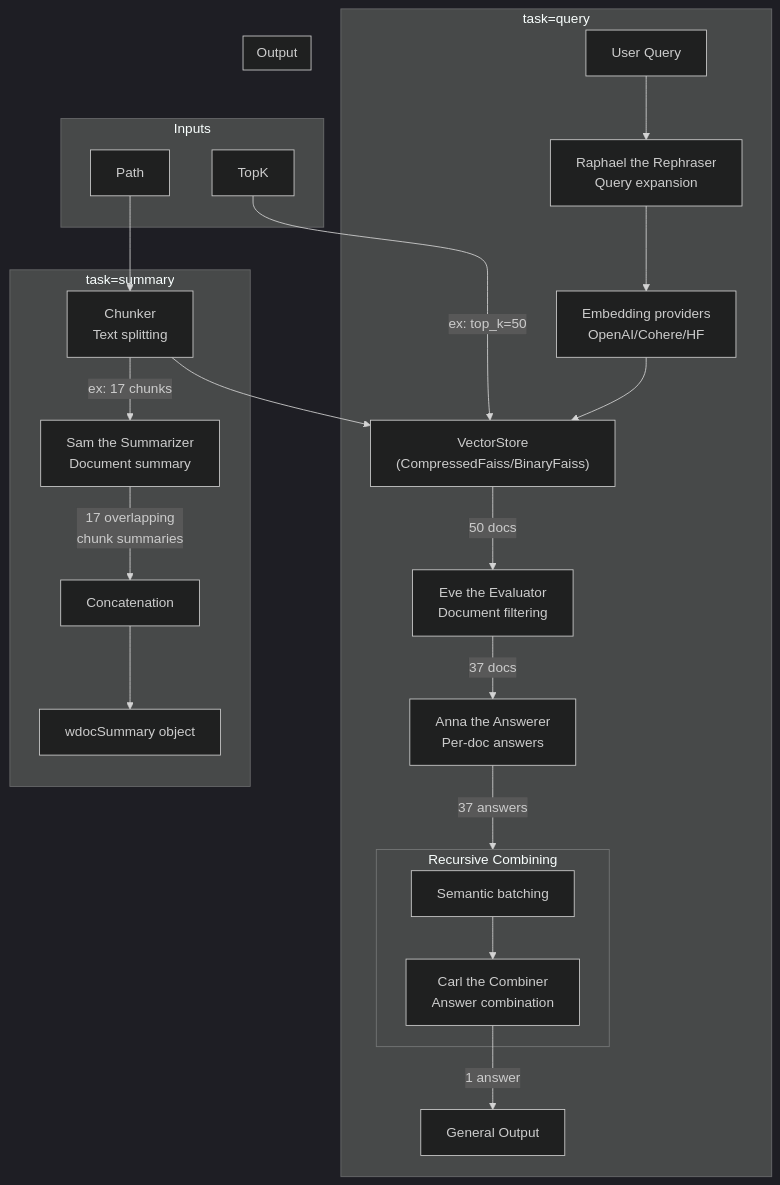
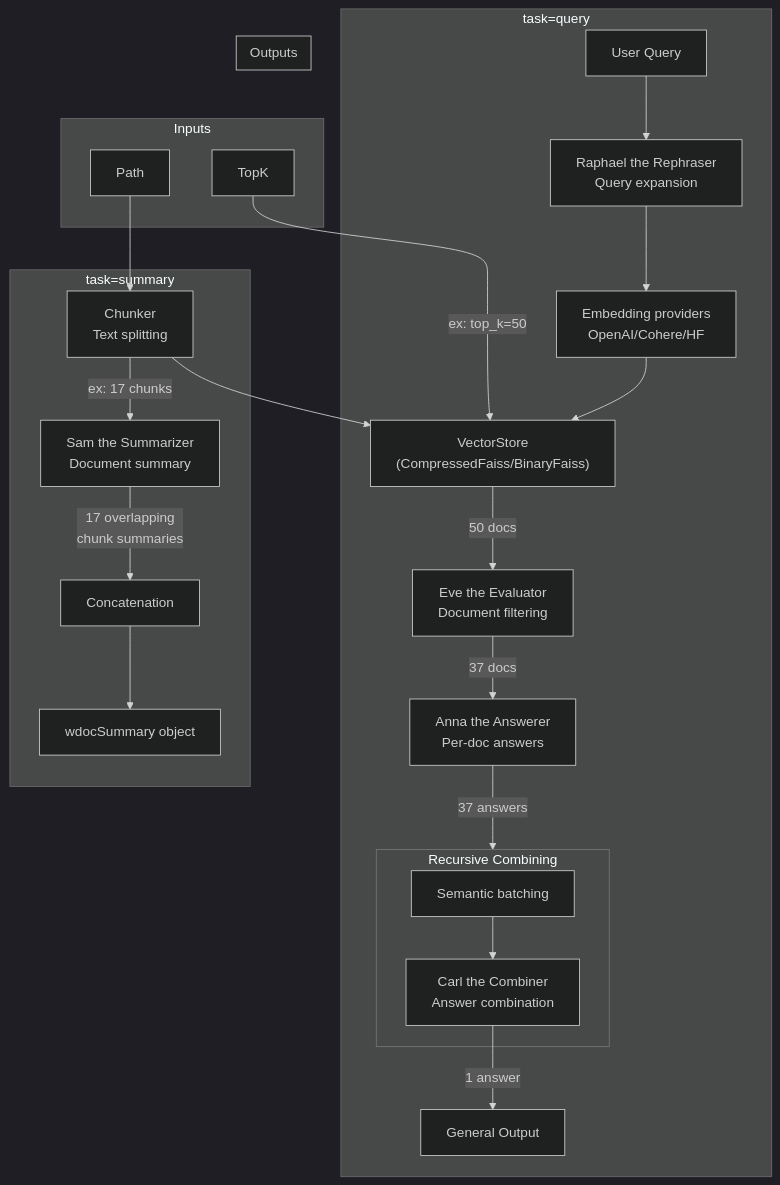
The diagram in images/diagram.mmd (thiswillbeyourgithub/wdoc), drawn with Mermaid (dark theme) before and after one commit.

Commit message:
refactor: rename "Output" subgraph to "Outputs" with large box styling

```diff
--- a/images/diagram.mmd
+++ b/images/diagram.mmd
@@ -1,47 +1,47 @@
 flowchart TD
     subgraph Inputs["Inputs"]
         Path["Path"]
         TopK["TopK"]
     end
 
     Embeddings["Embedding providers<br/>OpenAI/Cohere/HF"]
     VectorStore["VectorStore<br/>(CompressedFaiss/BinaryFaiss)"]
     Chunker["Chunker<br/>Text splitting"]
 
     Path --> Chunker
     Chunker --> VectorStore
     Embeddings --> VectorStore
 
     subgraph QueryTask["task=query"]
         UserQuery["User Query"]
         Raphael["Raphael the Rephraser<br/>Query expansion"]
         Eve["Eve the Evaluator<br/>Document filtering"]
         Anna["Anna the Answerer<br/>Per-doc answers"]
         
         subgraph RecursiveCombining["Recursive Combining"]
             SemanticBatching["Semantic batching"]
             Carl["Carl the Combiner<br/>Answer combination"]
             SemanticBatching --> Carl
         end
         
         UserQuery --> Raphael
         Raphael --> Embeddings
         TopK -->|ex: top_k=50| VectorStore
         VectorStore -->|50 docs| Eve
         Eve -->|37 docs| Anna
         Anna -->|37 answers| RecursiveCombining
         Carl -->|1 answer| QueryOutput
     end
 
     subgraph SummaryTask["task=summary"]
         Sam["Sam the Summarizer<br/>Document summary"]
         Concatenation["Concatenation"]
         Chunker -->|ex: 17 chunks| Sam
         Sam -->|17 overlapping<br/>chunk summaries| Concatenation
         Concatenation --> SummaryOutput
     end
 
-    subgraph Output["Output"]
+    subgraph Outputs["Outputs"]
         QueryOutput["General Output"]
         SummaryOutput["wdocSummary object"]
     end
```
